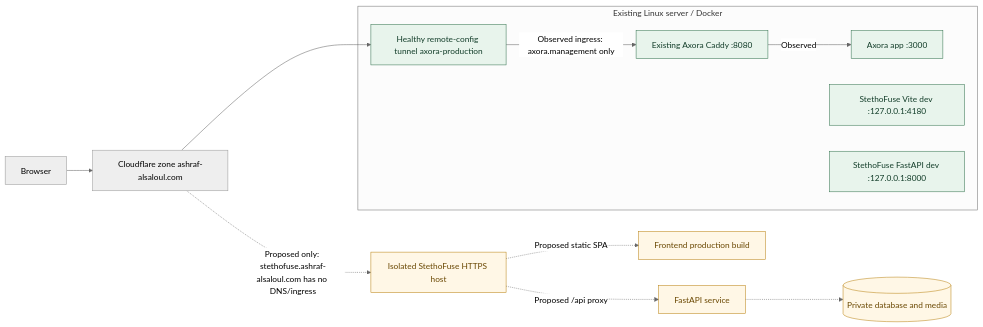
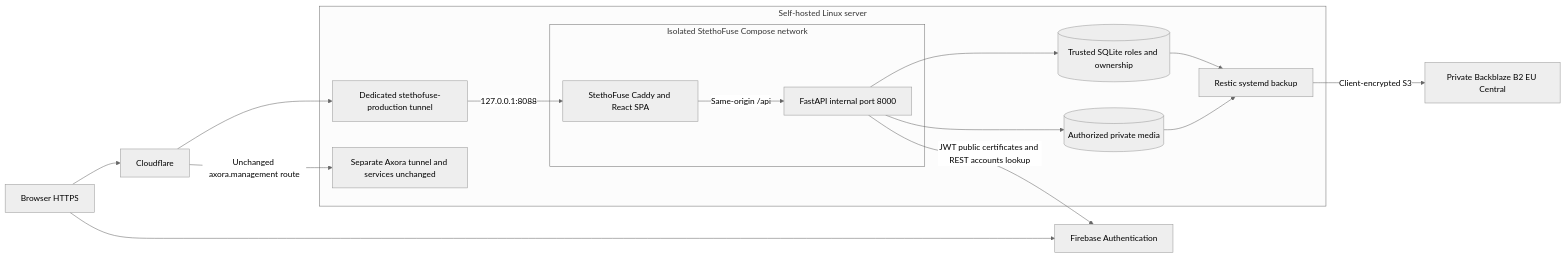
One commit to ASHRAF-2004/fyp-cardiopulmonary-sound-separation-report changed the diagram in fyp2/design/deployment-topology.mmd. Above: the diagram before and after it, drawn with Mermaid (neutral theme). The commit also changed 6 other files, not shown here.

Commit message:
Record production deployment authentication and backup evidence

```diff
--- a/fyp2/design/deployment-topology.mmd
+++ b/fyp2/design/deployment-topology.mmd
@@ -1,24 +1,25 @@
-%% Observed production edge and proposed StethoFuse route. StethoFuse ingress is not configured.
+%% Observed deployment on 2026-09-27. Cloud Run is superseded, not deployed.
 flowchart LR
-  Internet[Browser] --> Cloudflare[Cloudflare zone ashraf-alsaloul.com]
-  Cloudflare --> Tunnel[Healthy remote-config tunnel axora-production]
-  Tunnel -->|Observed ingress: axora.management only| Caddy[Existing Axora Caddy :8080]
-  Caddy -->|Observed| Axora[Axora app :3000]
-
-  subgraph Host[Existing Linux server / Docker]
+  Browser[Browser HTTPS] --> CF[Cloudflare]
+  Browser --> Firebase[Firebase Authentication]
+  CF --> Tunnel[Dedicated stethofuse-production tunnel]
+  Tunnel -->|127.0.0.1:8088| Caddy[StethoFuse Caddy and React SPA]
+  Caddy -->|Same-origin /api| API[FastAPI internal port 8000]
+  API -->|JWT public certificates and REST accounts lookup| Firebase
+  API --> DB[(Trusted SQLite roles and ownership)]
+  API --> Private[(Authorized private media)]
+  Backup[Restic systemd backup] -->|Client-encrypted S3| B2[Private Backblaze B2 EU Central]
+  DB --> Backup
+  Private --> Backup
+  subgraph Host[Self-hosted Linux server]
     Tunnel
-    Caddy
-    Axora
-    DevUI[StethoFuse Vite dev :127.0.0.1:4180]
-    DevAPI[StethoFuse FastAPI dev :127.0.0.1:8000]
+    Backup
+    subgraph Isolated[Isolated StethoFuse Compose network]
+      Caddy
+      API
+    end
+    DB
+    Private
+    Axora[Separate Axora tunnel and services unchanged]
   end
-
-  Cloudflare -.->|Proposed only: stethofuse.ashraf-alsaloul.com has no DNS/ingress| Future[Isolated StethoFuse HTTPS host]
-  Future -.->|Proposed static SPA| FutureUI[Frontend production build]
-  Future -.->|Proposed /api proxy| FutureAPI[FastAPI service]
-  FutureAPI -.-> Private[(Private database and media)]
-
-  classDef observed fill:#e8f4ec,stroke:#347450,color:#123d29;
-  classDef proposed fill:#fff7e6,stroke:#ba8314,color:#694700;
-  class Tunnel,Caddy,Axora,DevUI,DevAPI observed;
-  class Future,FutureUI,FutureAPI,Private proposed;
+  CF -->|Unchanged axora.management route| Axora
```
